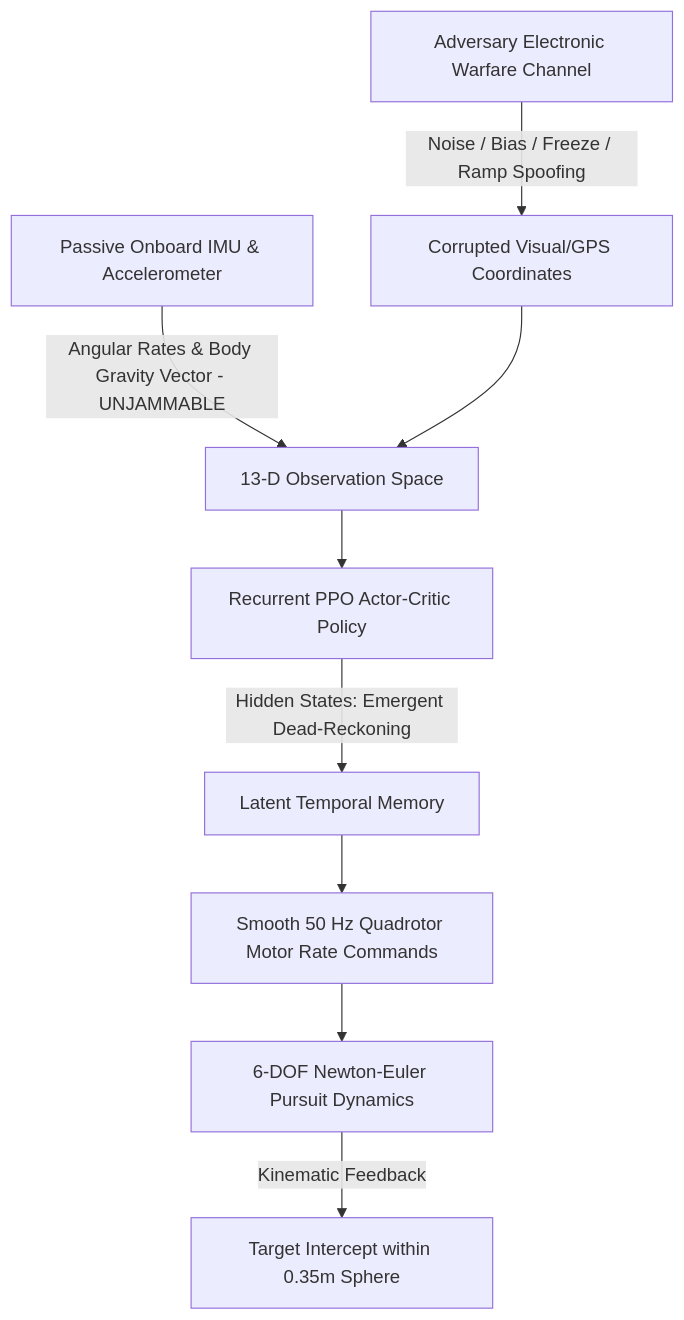
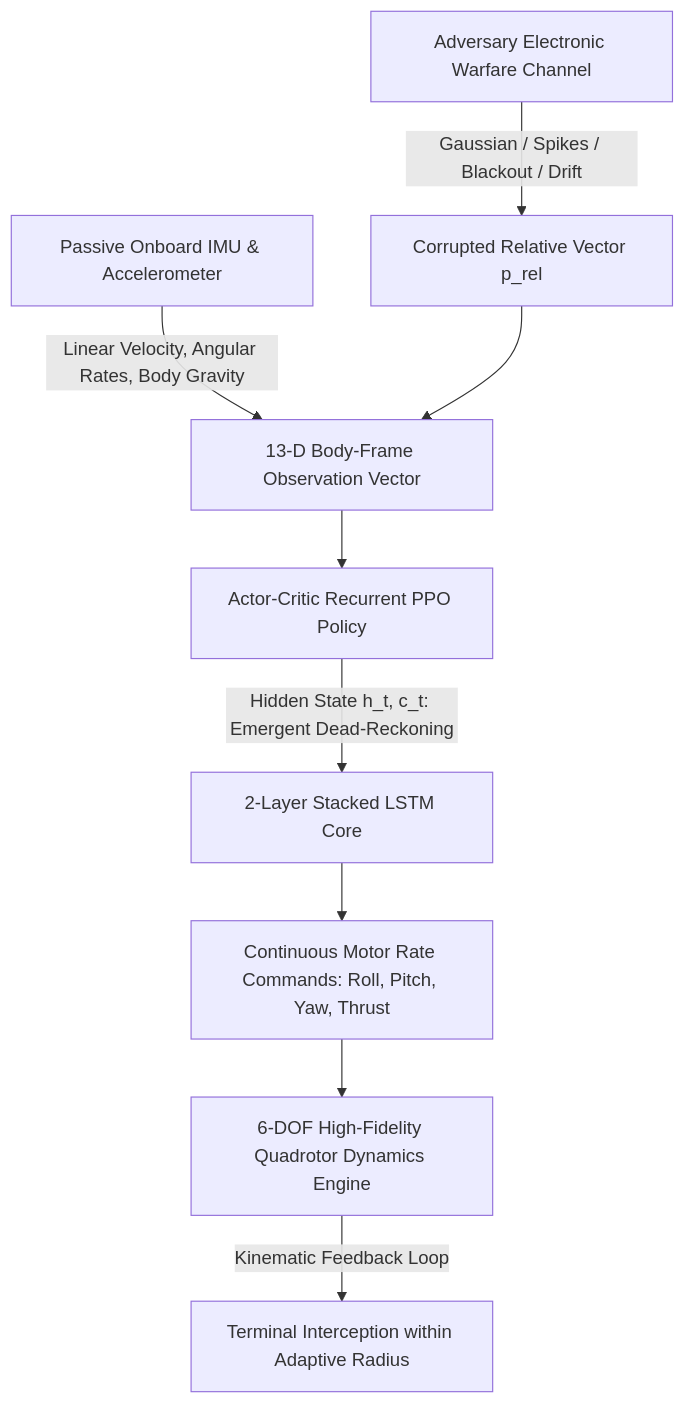
The diagram in README.md (surafelasfawosen/Reinforcement-Learning-based-LSTM-PPO-for-Autonomous-Drone-Target-Interception-Under-Sensor-Jamming), drawn with Mermaid before and after one commit. The commit also changed other lines of this file and 7 other files, not shown here.

````diff
--- a/README.md
+++ b/README.md
@@ -30,11 +58,11 @@
 ```mermaid
 graph TD
-    A[Adversary Electronic Warfare Channel] -->|Noise / Bias / Freeze / Ramp Spoofing| B[Corrupted Visual/GPS Coordinates]
-    C[Passive Onboard IMU & Accelerometer] -->|Angular Rates & Body Gravity Vector - UNJAMMABLE| D[13-D Observation Space]
+    A[Adversary Electronic Warfare Channel] -->|Gaussian / Spikes / Blackout / Drift| B[Corrupted Relative Vector p_rel]
+    C[Passive Onboard IMU & Accelerometer] -->|Linear Velocity, Angular Rates, Body Gravity| D[13-D Body-Frame Observation Vector]
     B --> D
-    D --> E[Recurrent PPO Actor-Critic Policy]
-    E -->|Hidden States: Emergent Dead-Reckoning| F[Latent Temporal Memory]
-    F --> G[Smooth 50 Hz Quadrotor Motor Rate Commands]
-    G --> H[6-DOF Newton-Euler Pursuit Dynamics]
-    H -->|Kinematic Feedback| I[Target Intercept within 0.35m Sphere]
+    D --> E[Actor-Critic Recurrent PPO Policy]
+    E -->|Hidden State h_t, c_t: Emergent Dead-Reckoning| F[2-Layer Stacked LSTM Core]
+    F --> G[Continuous Motor Rate Commands: Roll, Pitch, Yaw, Thrust]
+    G --> H[6-DOF High-Fidelity Quadrotor Dynamics Engine]
+    H -->|Kinematic Feedback Loop| I[Terminal Interception within Adaptive Radius]
 ```
````
